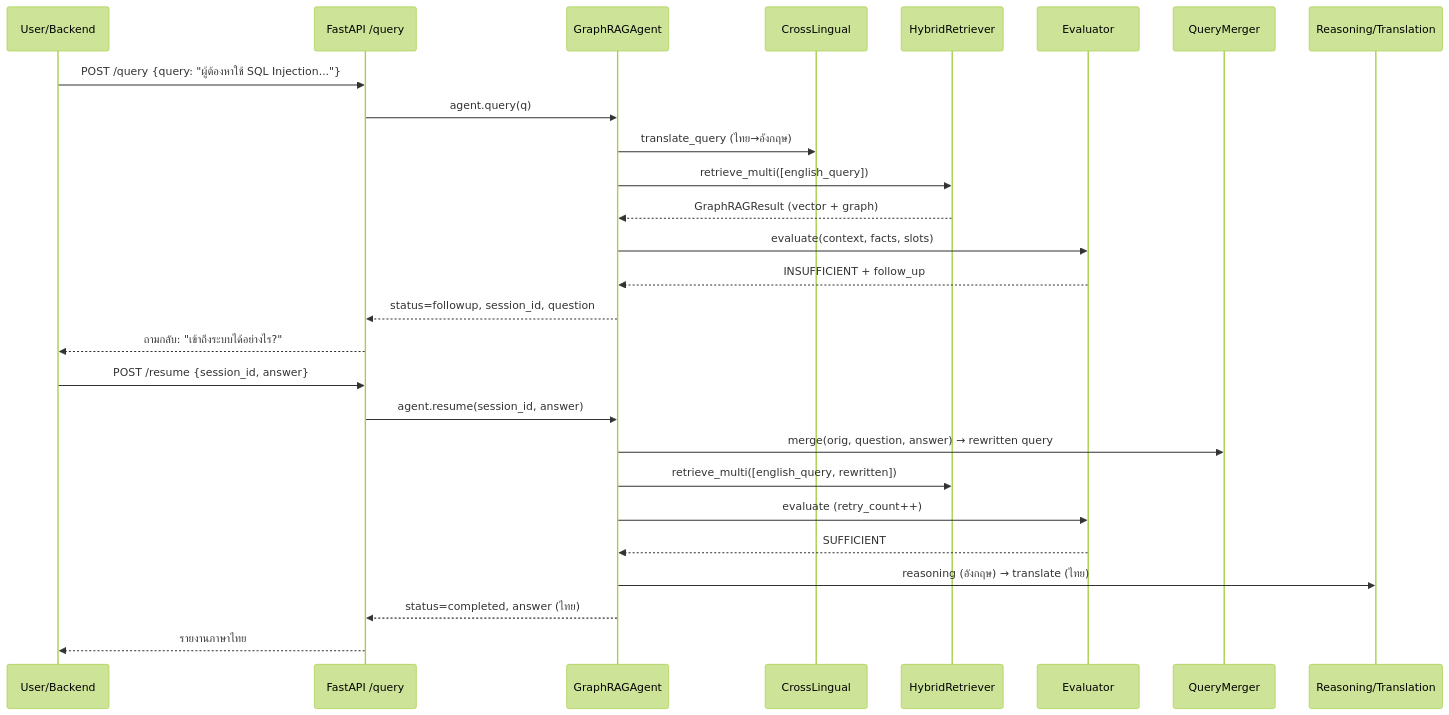
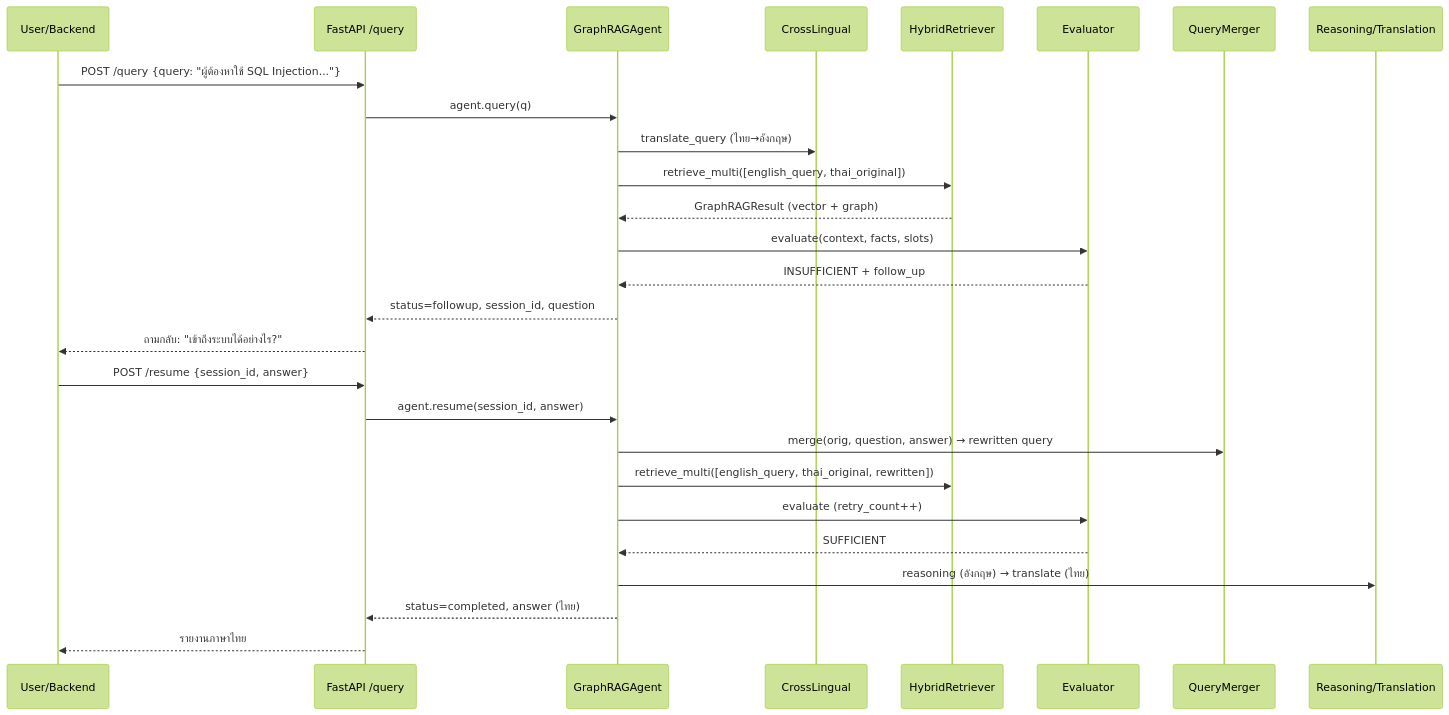
The fifth of 5 diagrams in rag_service/docs/RAG_Module.md (KKhamwiset/Cybercase-Intelligence-Framework), drawn with Mermaid (forest theme) before and after one commit. The commit also changed other lines of this file and 19 other files, not shown here.

````diff
--- a/rag_service/docs/RAG_Module.md
+++ b/rag_service/docs/RAG_Module.md
@@ -780,31 +797,31 @@
 ```mermaid
 sequenceDiagram
     participant U as User/Backend
     participant API as FastAPI /query
     participant AG as GraphRAGAgent
     participant TR as CrossLingual
     participant RT as HybridRetriever
     participant EV as Evaluator
     participant QM as QueryMerger
     participant LLM as Reasoning/Translation
 
     U->>API: POST /query {query: "ผู้ต้องหาใช้ SQL Injection..."}
     API->>AG: agent.query(q)
     AG->>TR: translate_query (ไทย→อังกฤษ)
-    AG->>RT: retrieve_multi([english_query])
+    AG->>RT: retrieve_multi([english_query, thai_original])
     RT-->>AG: GraphRAGResult (vector + graph)
     AG->>EV: evaluate(context, facts, slots)
     EV-->>AG: INSUFFICIENT + follow_up
     AG-->>API: status=followup, session_id, question
     API-->>U: ถามกลับ: "เข้าถึงระบบได้อย่างไร?"
 
     U->>API: POST /resume {session_id, answer}
     API->>AG: agent.resume(session_id, answer)
     AG->>QM: merge(orig, question, answer) → rewritten query
-    AG->>RT: retrieve_multi([english_query, rewritten])
+    AG->>RT: retrieve_multi([english_query, thai_original, rewritten])
     AG->>EV: evaluate (retry_count++)
     EV-->>AG: SUFFICIENT
     AG->>LLM: reasoning (อังกฤษ) → translate (ไทย)
     AG-->>API: status=completed, answer (ไทย)
     API-->>U: รายงานภาษาไทย
 ```
````
